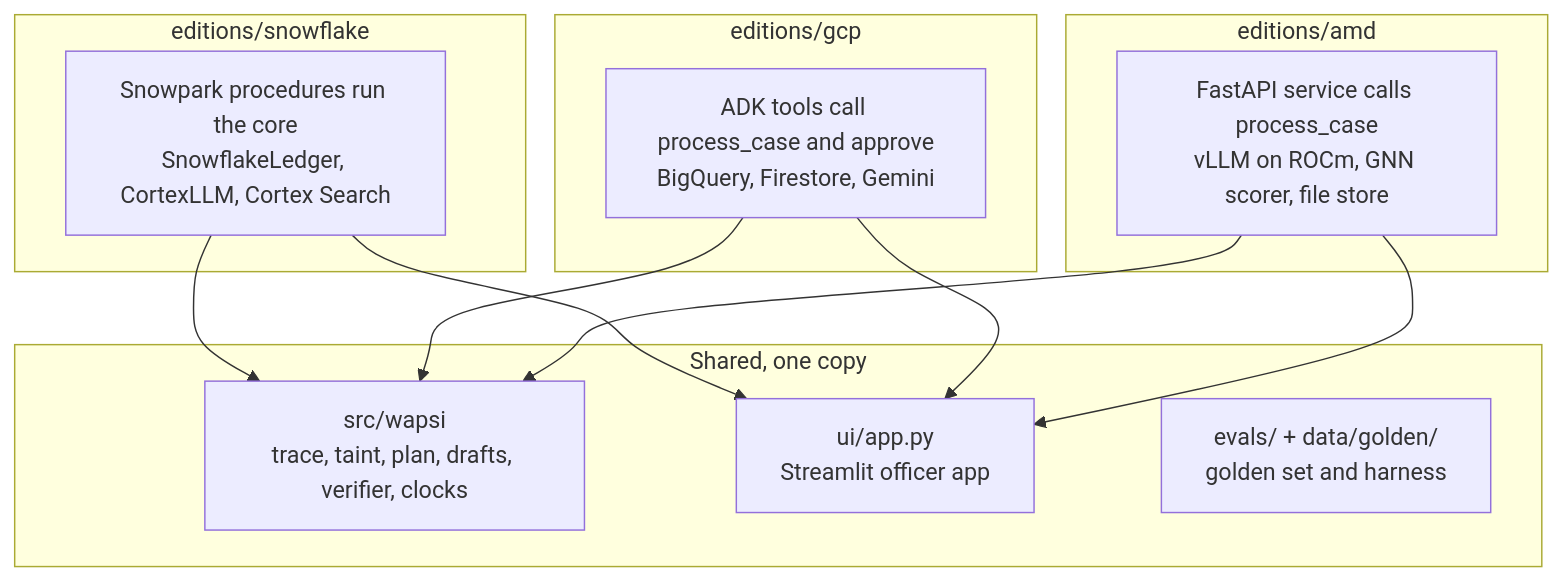
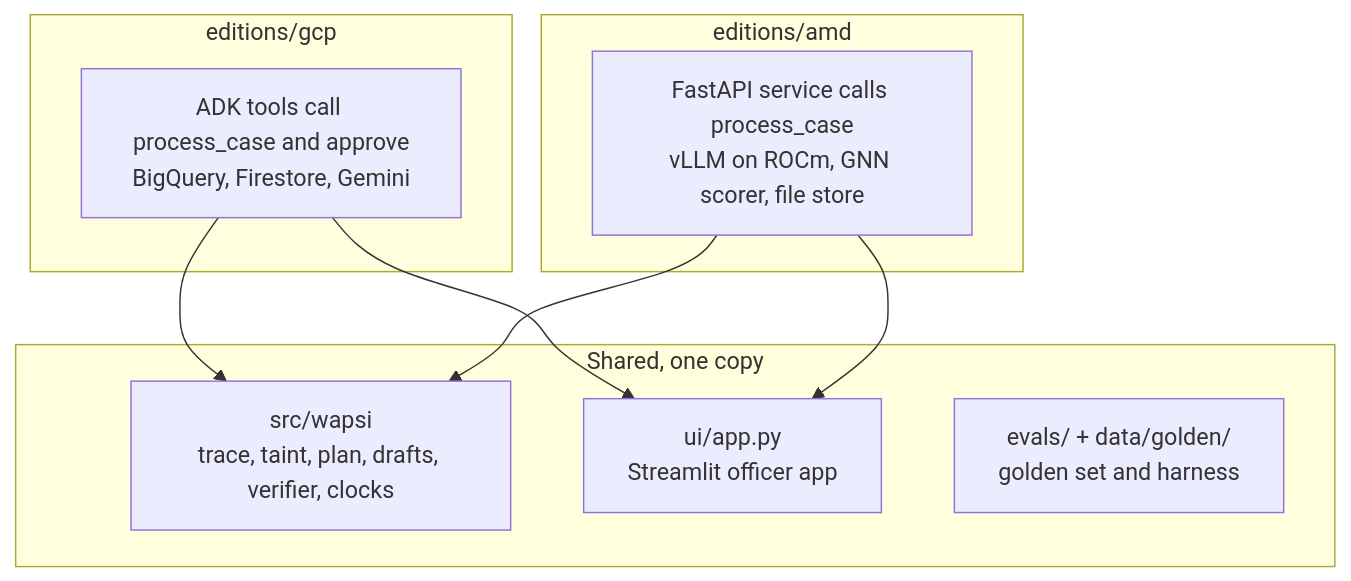
The seventh of 7 diagrams in docs/architecture.md (GODOSTROYER/wapsi), drawn with Mermaid before and after one commit. The commit also changed other lines of this file and 146 other files, not shown here.

First line of the commit message:
Remove the Snowflake edition; two editions (Google Cloud, AMD) on one core

````diff
--- a/docs/architecture.md
+++ b/docs/architecture.md
@@ -505,23 +503,18 @@
 ```mermaid
 flowchart TB
     subgraph SHARED["Shared, one copy"]
         CORE["src/wapsi<br/>trace, taint, plan, drafts, verifier, clocks"]
         UI["ui/app.py<br/>Streamlit officer app"]
         EV["evals/ + data/golden/<br/>golden set and harness"]
     end
-    subgraph SF["editions/snowflake"]
-        SF1["Snowpark procedures run the core<br/>SnowflakeLedger, CortexLLM, Cortex Search"]
-    end
     subgraph GC["editions/gcp"]
         GC1["ADK tools call process_case and approve<br/>BigQuery, Firestore, Gemini"]
     end
     subgraph AM["editions/amd"]
         AM1["FastAPI service calls process_case<br/>vLLM on ROCm, GNN scorer, file store"]
     end
-    SF1 --> CORE
     GC1 --> CORE
     AM1 --> CORE
-    SF1 --> UI
     GC1 --> UI
     AM1 --> UI
 ```
````
